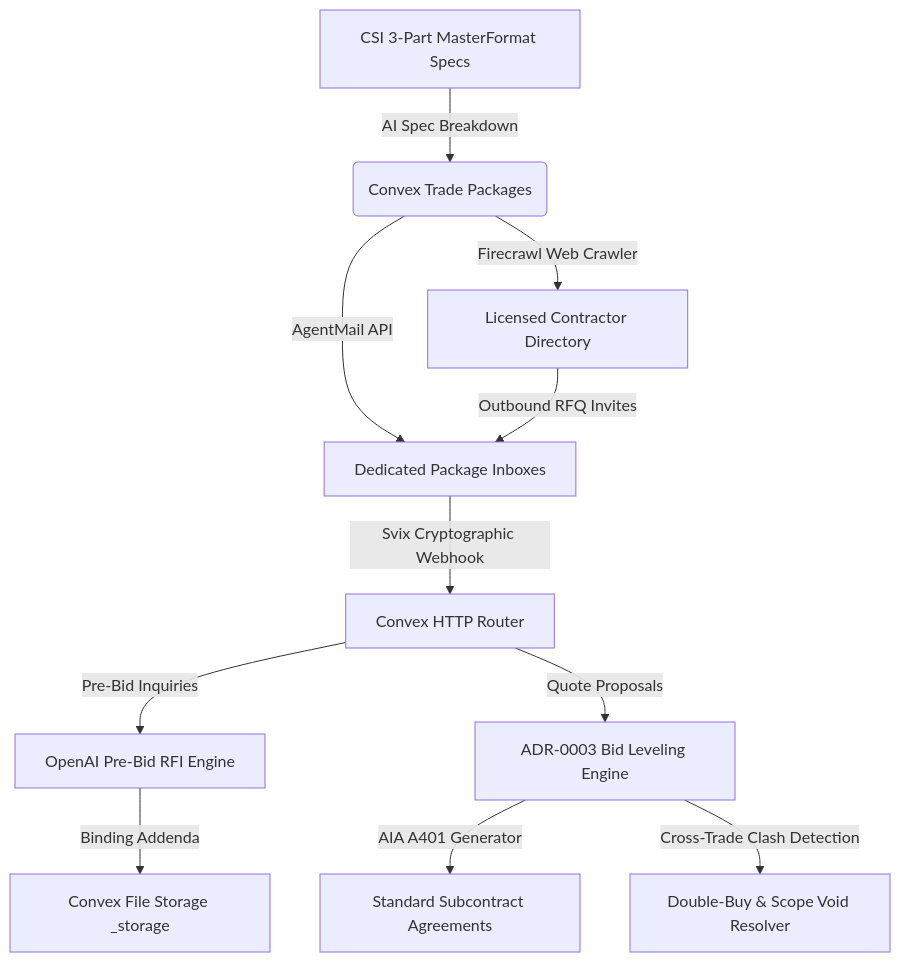
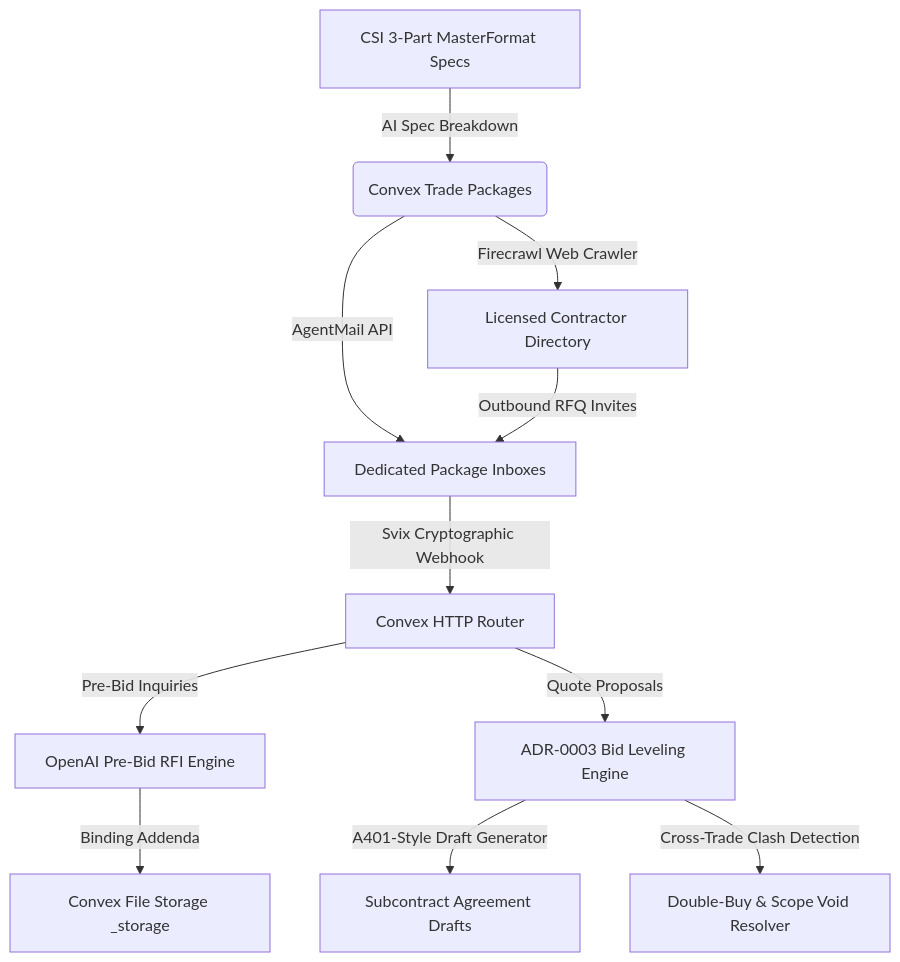
One commit to bO-05/tradepulse-pro changed the diagram in README.md. Above: the diagram before and after it, drawn with Mermaid. The commit also changed other lines of this file and 11 other files, not shown here.

````diff
--- a/README.md
+++ b/README.md
@@ -53,13 +53,13 @@
 ```mermaid
 graph TD
     A[CSI 3-Part MasterFormat Specs] -->|AI Spec Breakdown| B(Convex Trade Packages)
     B -->|Firecrawl Web Crawler| C[Licensed Contractor Directory]
     B -->|AgentMail API| D[Dedicated Package Inboxes]
     C -->|Outbound RFQ Invites| D
     D -->|Svix Cryptographic Webhook| E[Convex HTTP Router]
     E -->|Pre-Bid Inquiries| F[OpenAI Pre-Bid RFI Engine]
     F -->|Binding Addenda| G[Convex File Storage _storage]
     E -->|Quote Proposals| H[ADR-0003 Bid Leveling Engine]
-    H -->|AIA A401 Generator| I[Standard Subcontract Agreements]
+    H -->|A401-Style Draft Generator| I[Subcontract Agreement Drafts]
     H -->|Cross-Trade Clash Detection| J[Double-Buy & Scope Void Resolver]
 ```
````
